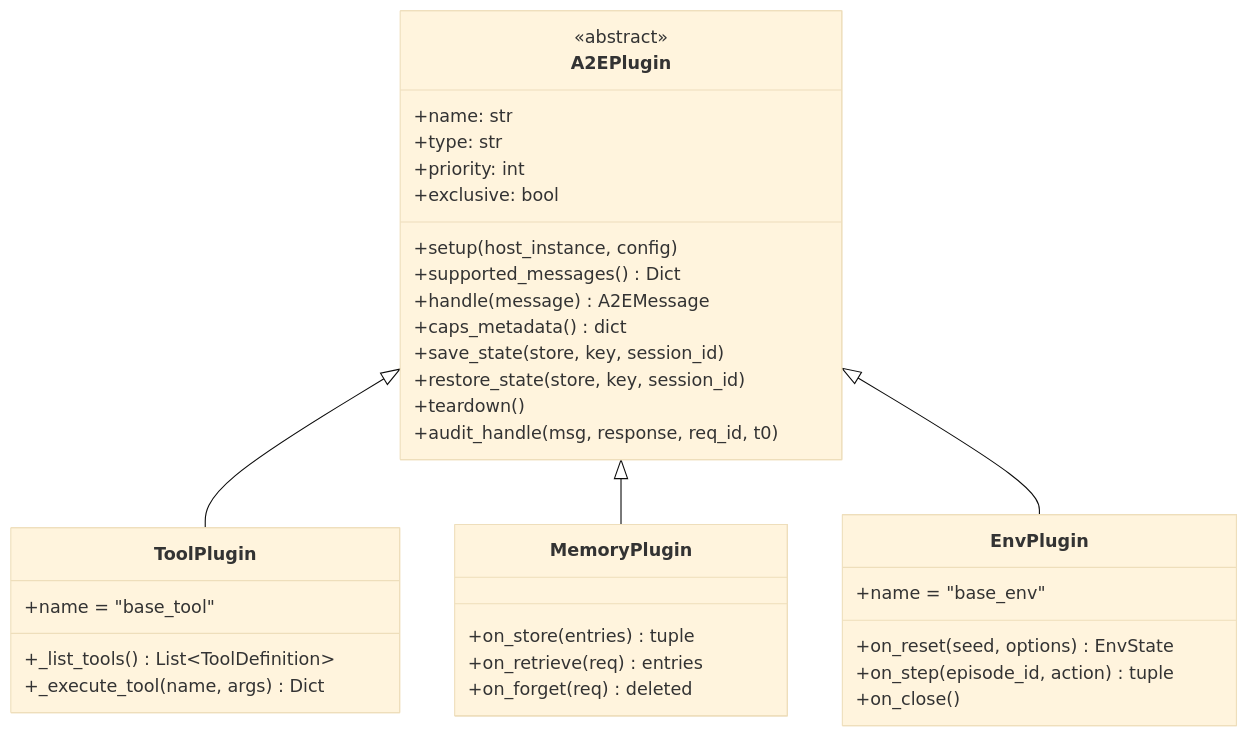
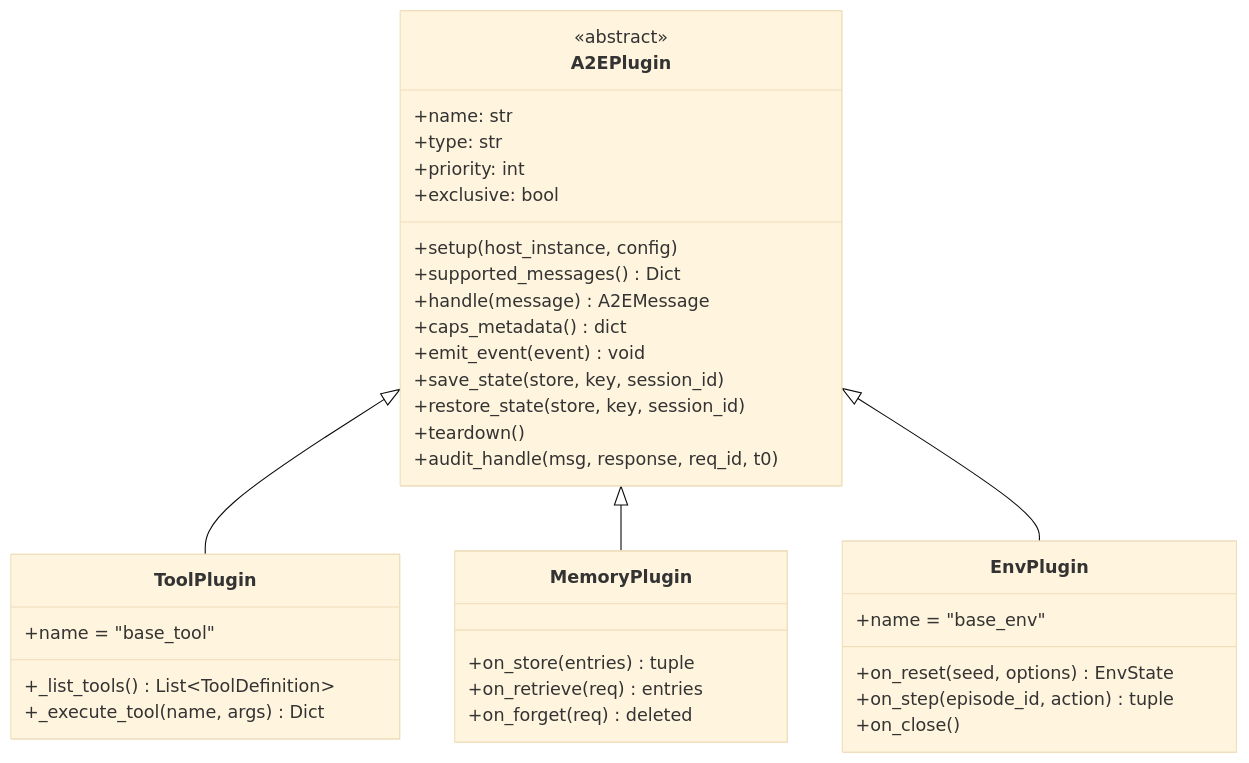
Before and after one commit to a2eprotocol/python-sdk: the first of 3 diagrams in codewiki/architecture/plugin-system.md, drawn with Mermaid (base theme). The commit also changed other lines of this file and 7 other files, not shown here.

````diff
--- a/codewiki/architecture/plugin-system.md
+++ b/codewiki/architecture/plugin-system.md
@@ -17,41 +17,42 @@
 ```mermaid
 classDiagram
     class A2EPlugin {
         <<abstract>>
         +name: str
         +type: str
         +priority: int
         +exclusive: bool
         +setup(host_instance, config)
         +supported_messages() Dict
         +handle(message) A2EMessage
         +caps_metadata() dict
+        +emit_event(event) void
         +save_state(store, key, session_id)
         +restore_state(store, key, session_id)
         +teardown()
         +audit_handle(msg, response, req_id, t0)
     }
 
     class ToolPlugin {
         +name = "base_tool"
         +_list_tools() List~ToolDefinition~
         +_execute_tool(name, args) Dict
     }
 
     class MemoryPlugin {
         +on_store(entries) tuple
         +on_retrieve(req) entries
         +on_forget(req) deleted
     }
 
     class EnvPlugin {
         +name = "base_env"
         +on_reset(seed, options) EnvState
         +on_step(episode_id, action) tuple
         +on_close()
     }
 
     A2EPlugin <|-- ToolPlugin
     A2EPlugin <|-- MemoryPlugin
     A2EPlugin <|-- EnvPlugin
 ```
````
